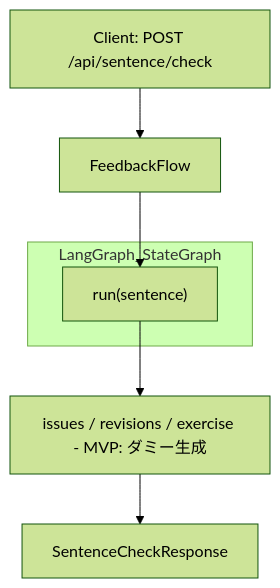
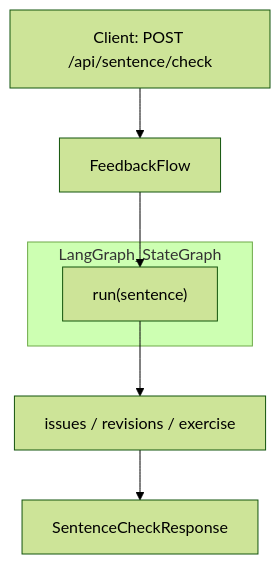
The third of 3 diagrams in README.md (RiSEblackbird/wordpack-for-english), drawn with Mermaid (forest theme) before and after one commit. The commit also changed other lines of this file and 2 other files, not shown here.

````diff
--- a/README.md
+++ b/README.md
@@ -293,11 +293,11 @@
 ```mermaid
 graph TD
     A[Client: POST /api/sentence/check] --> B[FeedbackFlow];
     B --> C["run(sentence)"];
-    C --> D["issues / revisions / exercise - MVP: ダミー生成"];
+    C --> D["issues / revisions / exercise"];
     D --> E[SentenceCheckResponse];
 
     subgraph LangGraph_StateGraph
         C
     end
 ```
````
